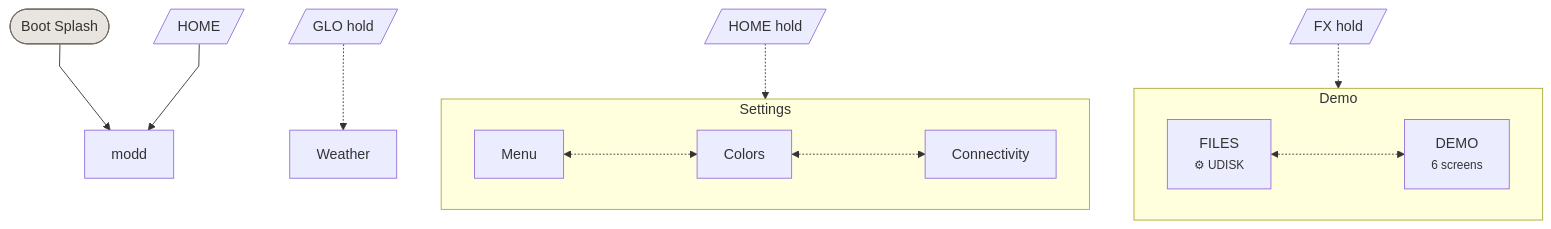
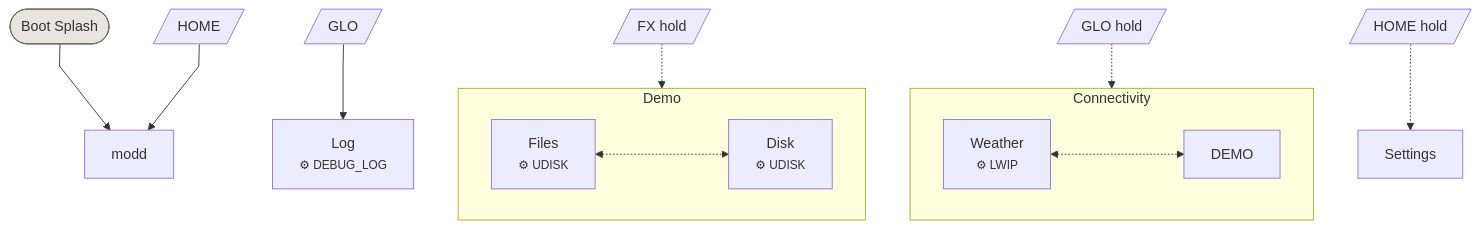
Before and after one commit to DimmKirr/modd: the diagram in docs/ui/themes/modd/UI.md, drawn with Mermaid. The commit also changed other lines of this file and 45 other files, not shown here.

````diff
--- a/docs/ui/themes/modd/UI.md
+++ b/docs/ui/themes/modd/UI.md
@@ -13,37 +13,38 @@
 ```mermaid
 %%{init: {"flowchart": {"curve": "linear"}} }%%
 flowchart TD
 
     BOOT(["Boot Splash"]):::boot
     BOOT --> P_HOME
 
     P_HOME["modd"]
 
-    P_WEATHER["Weather"]
+    P_DEBUG["Log<br/><small>⚙ DEBUG_LOG</small>"]
 
-    subgraph sg_SETTINGS["Settings"]
-        P_SETTINGS["Menu"]
-        P_COLORS["Colors"]
-        P_CONN["Connectivity"]
+    subgraph sg_CONN["Connectivity"]
+        P_WEATHER["Weather<br/><small>⚙ LWIP</small>"]
+        P_DEMO["DEMO"]
     end
 
+    P_SETTINGS["Settings"]
+
     subgraph sg_DEMO["Demo"]
-        P_FILES["FILES<br/><small>⚙ UDISK</small>"]
-        P_DEMO["DEMO<br/><small>6 screens</small>"]
+        P_FILES["Files<br/><small>⚙ UDISK</small>"]
+        P_DISK["Disk<br/><small>⚙ UDISK</small>"]
     end
 
     %% Encoder: cycle pages within a view
-    P_SETTINGS <-..-> P_COLORS
-    P_COLORS <-..-> P_CONN
-    P_FILES <-..-> P_DEMO
+    P_WEATHER <-..-> P_DEMO
+    P_FILES <-..-> P_DISK
 
     %% Buttons: tap navigates between views
+    BTN_GLO[/"GLO"/] --> P_DEBUG
     BTN_HOME[/"HOME"/] --> P_HOME
 
     %% Buttons: hold navigates to secondary views
-    BTN_GLO_H[/"GLO hold"/] -.-> P_WEATHER
-    BTN_HOME_H[/"HOME hold"/] -.-> sg_SETTINGS
     BTN_FX_H[/"FX hold"/] -.-> sg_DEMO
+    BTN_GLO_H[/"GLO hold"/] -.-> sg_CONN
+    BTN_HOME_H[/"HOME hold"/] -.-> P_SETTINGS
 
     classDef boot fill:#E8E4DF,stroke:#6E675E,color:#333
 ```
````
